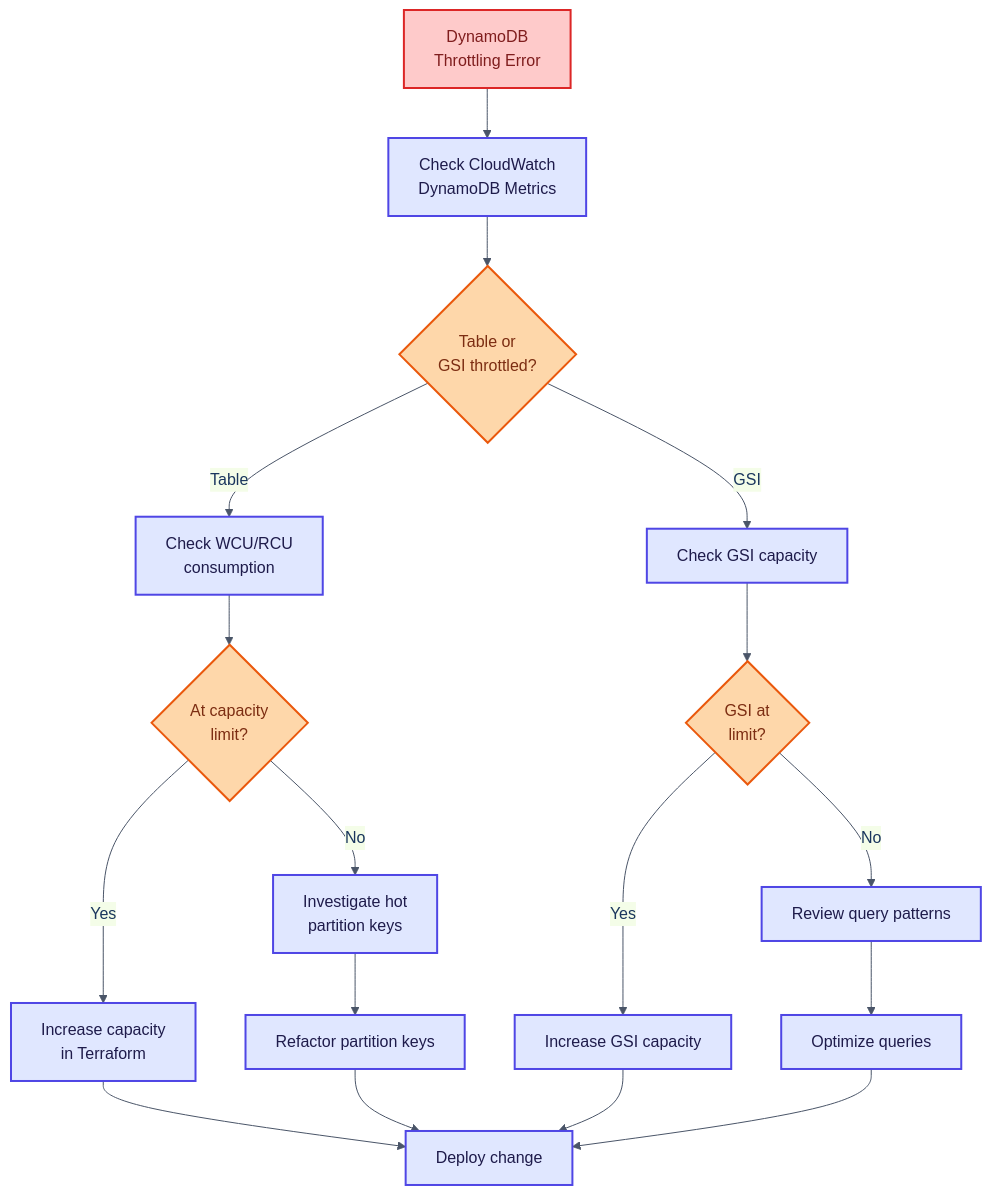
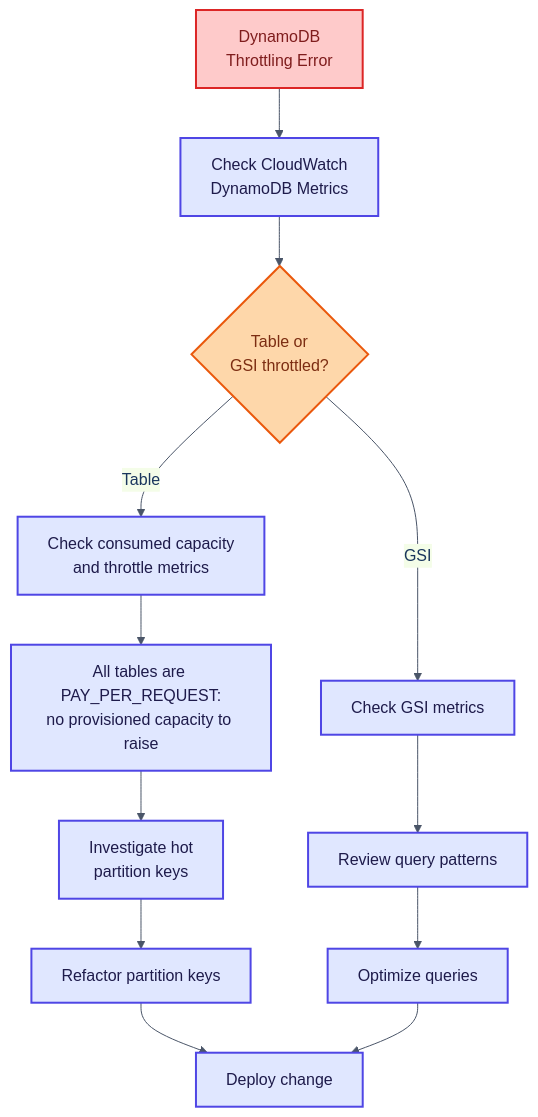
Before and after one commit to traylorre/sentiment-analyzer-gsk: the seventh of 10 diagrams in docs/operations/OPERATIONAL_FLOWS.md, drawn with Mermaid. The commit also changed other lines of this file and 96 other files, not shown here.

````diff
--- a/docs/operations/OPERATIONAL_FLOWS.md
+++ b/docs/operations/OPERATIONAL_FLOWS.md
@@ -346,28 +343,23 @@
 ```mermaid
 %%{init: {'theme': 'base', 'themeVariables': {'primaryColor': '#e8f4fd', 'primaryTextColor': '#1a365d', 'primaryBorderColor': '#3182ce', 'lineColor': '#4a5568'}}}%%
 flowchart TD
     Throttle[DynamoDB<br/>Throttling Error] --> CheckMetrics[Check CloudWatch<br/>DynamoDB Metrics]
     CheckMetrics --> TableOrIndex{Table or<br/>GSI throttled?}
-    TableOrIndex -->|Table| CheckWCU[Check WCU/RCU<br/>consumption]
-    TableOrIndex -->|GSI| CheckGSI[Check GSI capacity]
-    CheckWCU --> AtLimit{At capacity<br/>limit?}
-    AtLimit -->|Yes| IncreaseCapacity[Increase capacity<br/>in Terraform]
-    AtLimit -->|No| HotKey[Investigate hot<br/>partition keys]
-    CheckGSI --> GSILimit{GSI at<br/>limit?}
-    GSILimit -->|Yes| IncreaseGSI[Increase GSI capacity]
-    GSILimit -->|No| QueryPattern[Review query patterns]
-    IncreaseCapacity --> Deploy[Deploy change]
-    IncreaseGSI --> Deploy
+    TableOrIndex -->|Table| CheckWCU[Check consumed capacity<br/>and throttle metrics]
+    TableOrIndex -->|GSI| CheckGSI[Check GSI metrics]
+    CheckWCU --> OnDemand[All tables are PAY_PER_REQUEST:<br/>no provisioned capacity to raise]
+    OnDemand --> HotKey[Investigate hot<br/>partition keys]
+    CheckGSI --> QueryPattern[Review query patterns]
     HotKey --> RefactorKeys[Refactor partition keys]
     QueryPattern --> OptimizeQueries[Optimize queries]
-    RefactorKeys --> Deploy
+    RefactorKeys --> Deploy[Deploy change]
     OptimizeQueries --> Deploy
 
     classDef errorNode fill:#fecaca,stroke:#dc2626,stroke-width:2px,color:#7f1d1d
     classDef decisionNode fill:#fed7aa,stroke:#ea580c,stroke-width:2px,color:#7c2d12
     classDef actionNode fill:#e0e7ff,stroke:#4f46e5,stroke-width:2px,color:#1e1b4b
 
     class Throttle errorNode
-    class TableOrIndex,AtLimit,GSILimit decisionNode
-    class CheckMetrics,CheckWCU,CheckGSI,IncreaseCapacity,HotKey,IncreaseGSI,QueryPattern,RefactorKeys,OptimizeQueries,Deploy actionNode
+    class TableOrIndex decisionNode
+    class CheckMetrics,CheckWCU,CheckGSI,OnDemand,HotKey,QueryPattern,RefactorKeys,OptimizeQueries,Deploy actionNode
 ```
````
